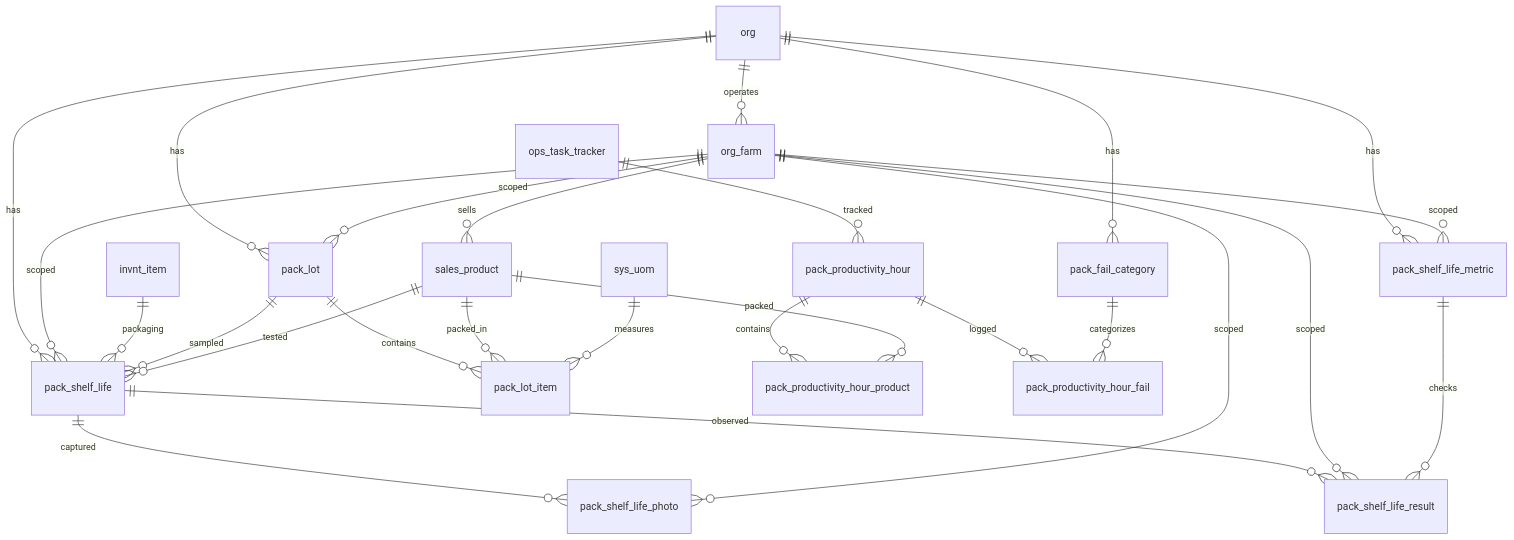
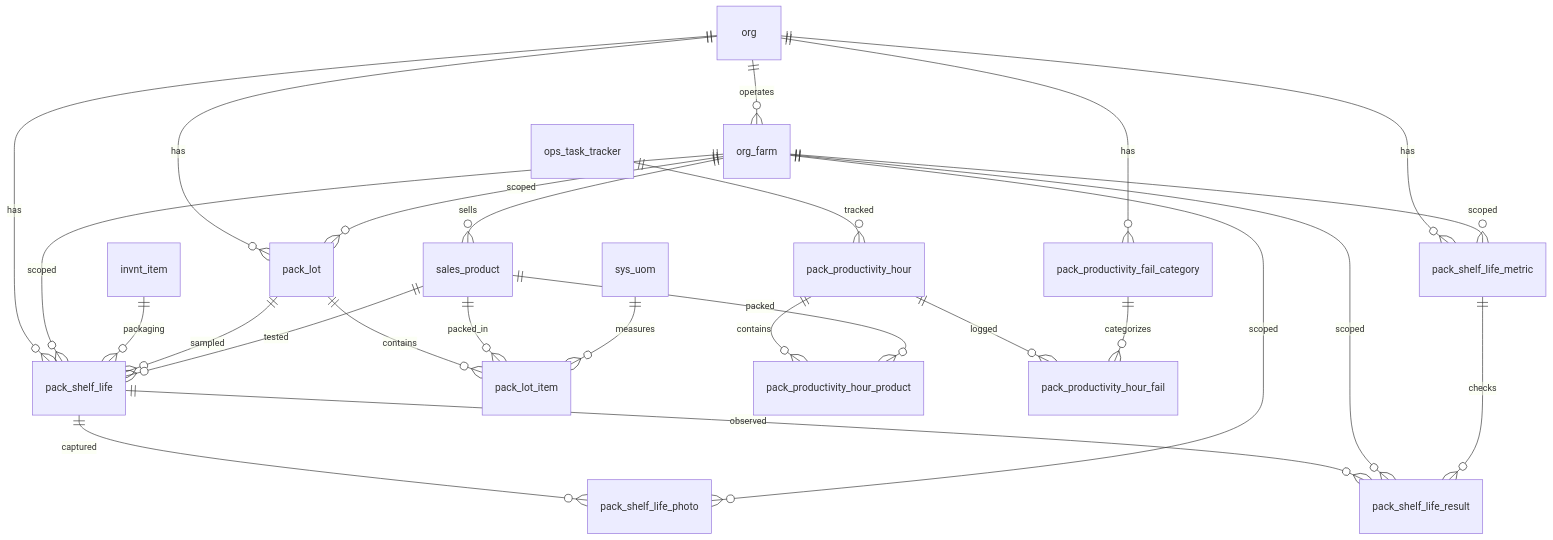
Before and after one commit to Hawaii-Farming/aloha-app: the diagram in docs/schemas/20260327_07_pack.md, drawn with Mermaid. The commit also changed other lines of this file and 17 other files, not shown here.

````diff
--- a/docs/schemas/20260327_07_pack.md
+++ b/docs/schemas/20260327_07_pack.md
@@ -11,29 +11,29 @@
 ```mermaid
 erDiagram
     org ||--o{ org_farm : operates
     org ||--o{ pack_lot : has
     org ||--o{ pack_shelf_life_metric : has
     org ||--o{ pack_shelf_life : has
     org_farm ||--o{ sales_product : sells
     org_farm ||--o{ pack_lot : scoped
     pack_lot ||--o{ pack_lot_item : contains
     sales_product ||--o{ pack_lot_item : packed_in
     sys_uom ||--o{ pack_lot_item : measures
 
     org_farm ||--o{ pack_shelf_life_metric : scoped
     org_farm ||--o{ pack_shelf_life : scoped
     invnt_item ||--o{ pack_shelf_life : packaging
     pack_lot ||--o{ pack_shelf_life : sampled
     sales_product ||--o{ pack_shelf_life : tested
     pack_shelf_life ||--o{ pack_shelf_life_result : observed
     org_farm ||--o{ pack_shelf_life_result : scoped
     pack_shelf_life_metric ||--o{ pack_shelf_life_result : checks
     pack_shelf_life ||--o{ pack_shelf_life_photo : captured
     org_farm ||--o{ pack_shelf_life_photo : scoped
-    org ||--o{ pack_fail_category : has
+    org ||--o{ pack_productivity_fail_category : has
     ops_task_tracker ||--o{ pack_productivity_hour : tracked
     pack_productivity_hour ||--o{ pack_productivity_hour_product : contains
     pack_productivity_hour ||--o{ pack_productivity_hour_fail : logged
     sales_product ||--o{ pack_productivity_hour_product : packed
-    pack_fail_category ||--o{ pack_productivity_hour_fail : categorizes
+    pack_productivity_fail_category ||--o{ pack_productivity_hour_fail : categorizes
 ```
````
